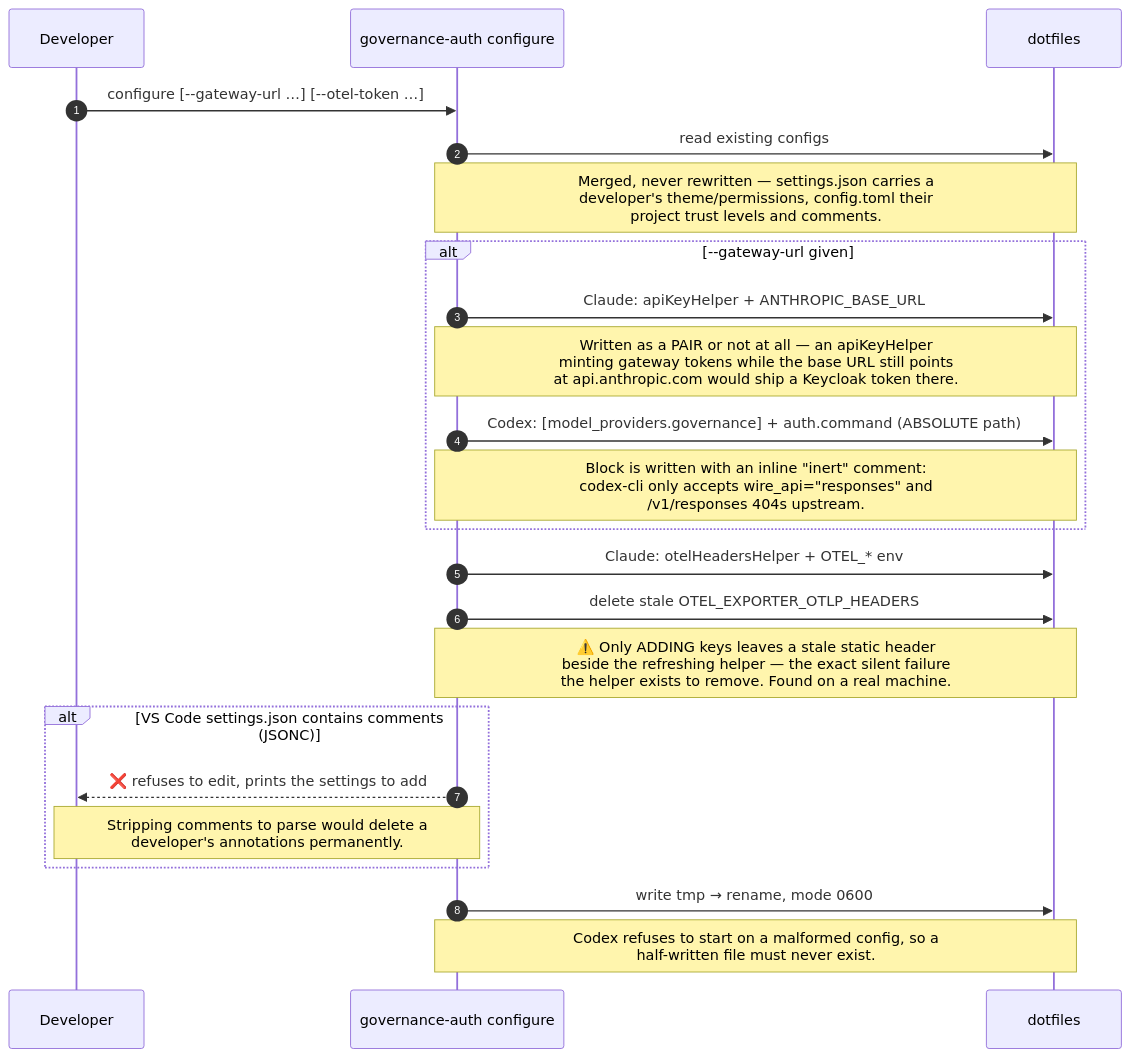
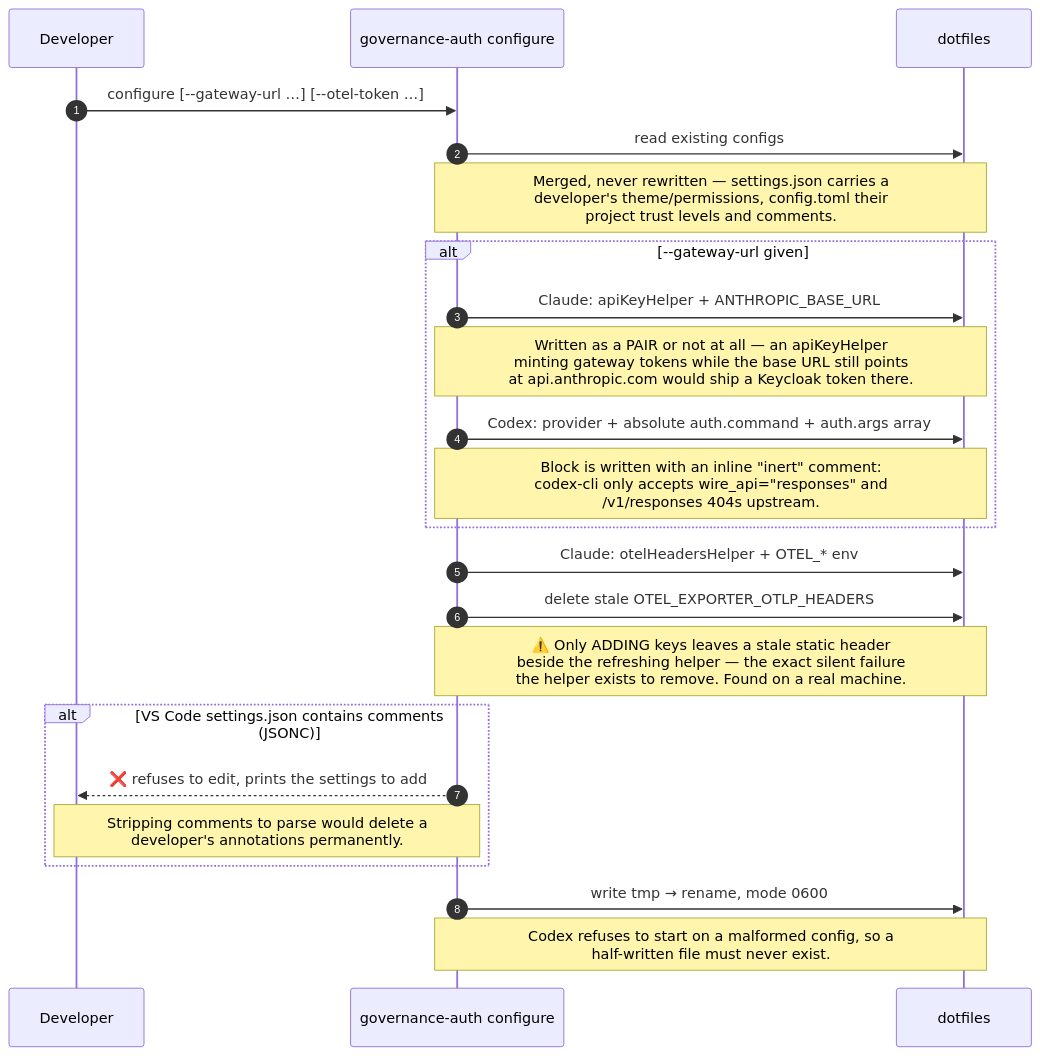
One commit to ADORSYS-GIS/lightbridge-governance changed the eighth of 10 diagrams in docs/integrations/ai-client-flows.md. Above: the diagram before and after it, drawn with Mermaid. The commit also changed other lines of this file and 47 other files, not shown here.

Commit message:
fix(governance-auth): harden daemon export and Codex wiring

````diff
--- a/docs/integrations/ai-client-flows.md
+++ b/docs/integrations/ai-client-flows.md
@@ -380,31 +383,31 @@
 ```mermaid
 sequenceDiagram
     autonumber
     participant Dev as Developer
     participant ga as governance-auth configure
     participant FS as dotfiles
 
     Dev->>ga: configure [--gateway-url …] [--otel-token …]
 
     ga->>FS: read existing configs
     Note over ga,FS: Merged, never rewritten — settings.json carries a<br/>developer's theme/permissions, config.toml their<br/>project trust levels and comments.
 
     alt --gateway-url given
         ga->>FS: Claude: apiKeyHelper + ANTHROPIC_BASE_URL
         Note over ga,FS: Written as a PAIR or not at all — an apiKeyHelper<br/>minting gateway tokens while the base URL still points<br/>at api.anthropic.com would ship a Keycloak token there.
-        ga->>FS: Codex: [model_providers.governance] + auth.command (ABSOLUTE path)
+        ga->>FS: Codex: provider + absolute auth.command + auth.args array
         Note over ga,FS: Block is written with an inline "inert" comment:<br/>codex-cli only accepts wire_api="responses" and<br/>/v1/responses 404s upstream.
     end
 
     ga->>FS: Claude: otelHeadersHelper + OTEL_* env
     ga->>FS: delete stale OTEL_EXPORTER_OTLP_HEADERS
     Note over ga,FS: ⚠️ Only ADDING keys leaves a stale static header<br/>beside the refreshing helper — the exact silent failure<br/>the helper exists to remove. Found on a real machine.
 
     alt VS Code settings.json contains comments (JSONC)
         ga-->>Dev: ❌ refuses to edit, prints the settings to add
         Note over ga,Dev: Stripping comments to parse would delete a<br/>developer's annotations permanently.
     end
 
     ga->>FS: write tmp → rename, mode 0600
     Note over ga,FS: Codex refuses to start on a malformed config, so a<br/>half-written file must never exist.
 ```
````
